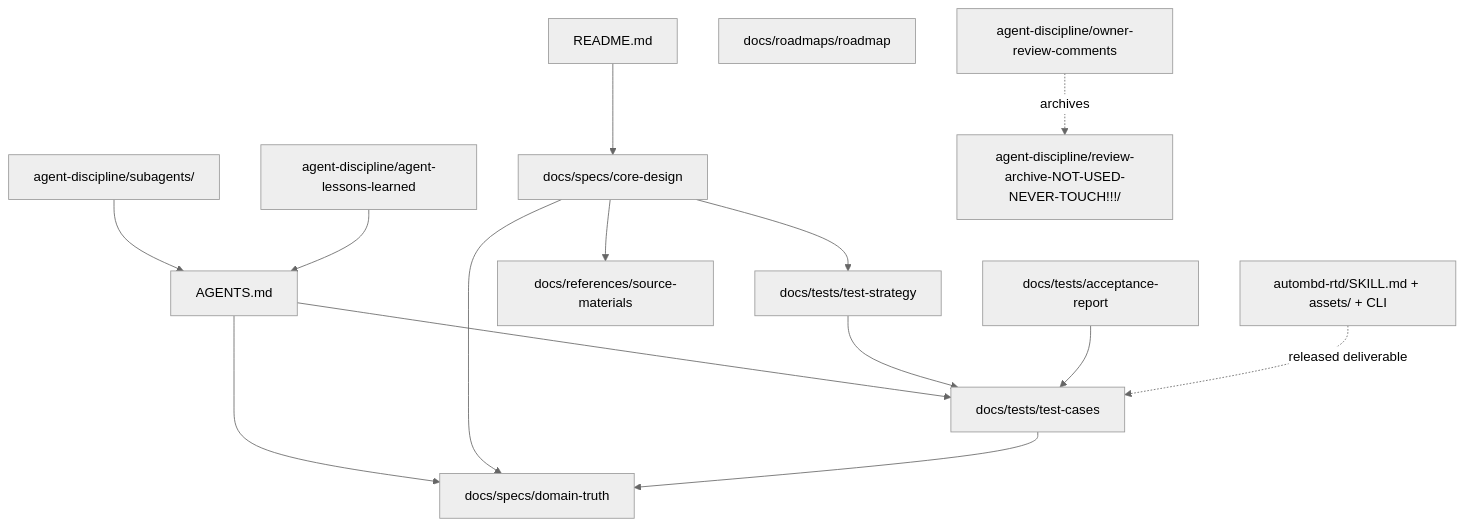
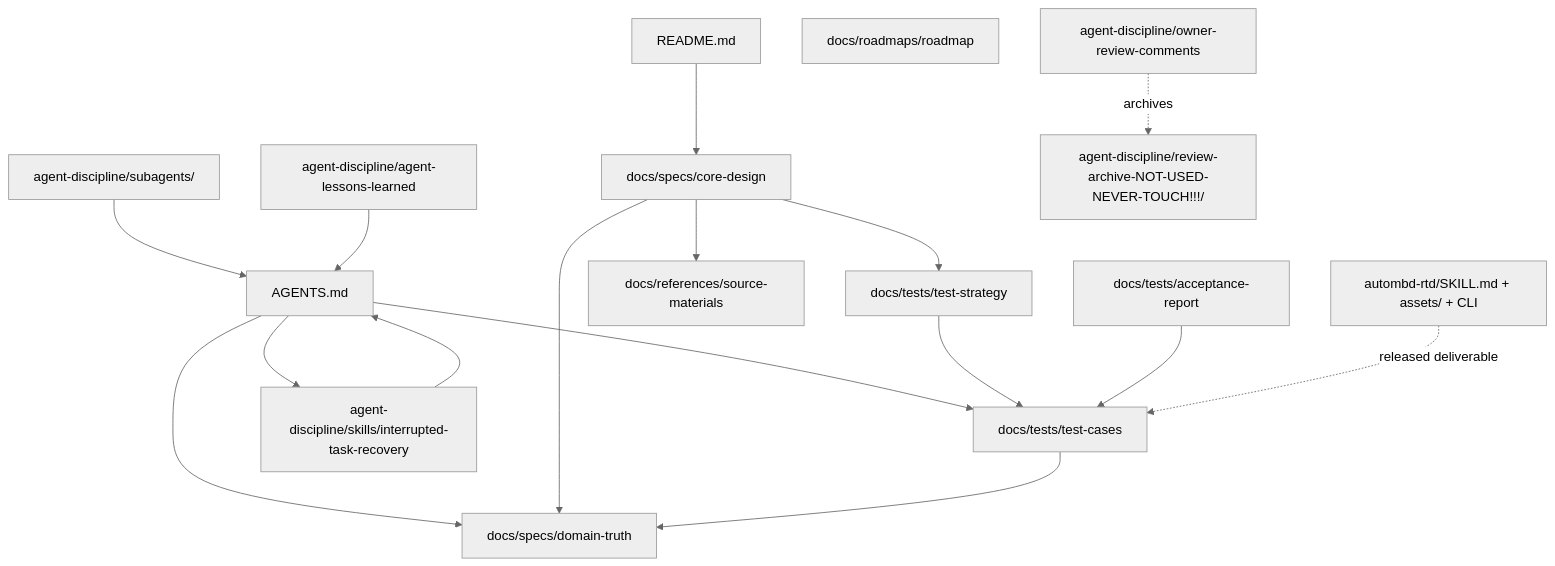
Before and after one commit to autoMBD/autombd-rtd-config: the diagram in agent-discipline/documentation-governance.md, drawn with Mermaid (neutral theme). The commit also changed other lines of this file and 4 other files, not shown here.

Commit message:
Add interrupted task recovery discipline

````diff
--- a/agent-discipline/documentation-governance.md
+++ b/agent-discipline/documentation-governance.md
@@ -115,17 +118,19 @@
 ```mermaid
 flowchart TD
   README["README.md"] --> CORE["docs/specs/core-design"]
   AGENTS["AGENTS.md"] --> DT["docs/specs/domain-truth"]
   AGENTS --> TC["docs/tests/test-cases"]
   CORE --> DT
   CORE --> TS["docs/tests/test-strategy"]
   CORE --> SM["docs/references/source-materials"]
   TS --> TC
   TC --> DT
   AR["docs/tests/acceptance-report"] --> TC
   RM["docs/roadmaps/roadmap"]
   ROLES["agent-discipline/subagents/"] --> AGENTS
+  ITR["agent-discipline/skills/interrupted-task-recovery"] --> AGENTS
+  AGENTS --> ITR
   LL["agent-discipline/agent-lessons-learned"] --> AGENTS
   CT["agent-discipline/owner-review-comments"] -.archives.-> OBS["agent-discipline/review-archive-NOT-USED-NEVER-TOUCH!!!/"]
   SKILL["autombd-rtd/SKILL.md + assets/ + CLI"] -. released deliverable .-> TC
 ```
````
